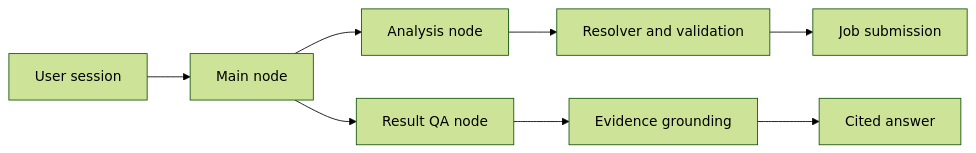
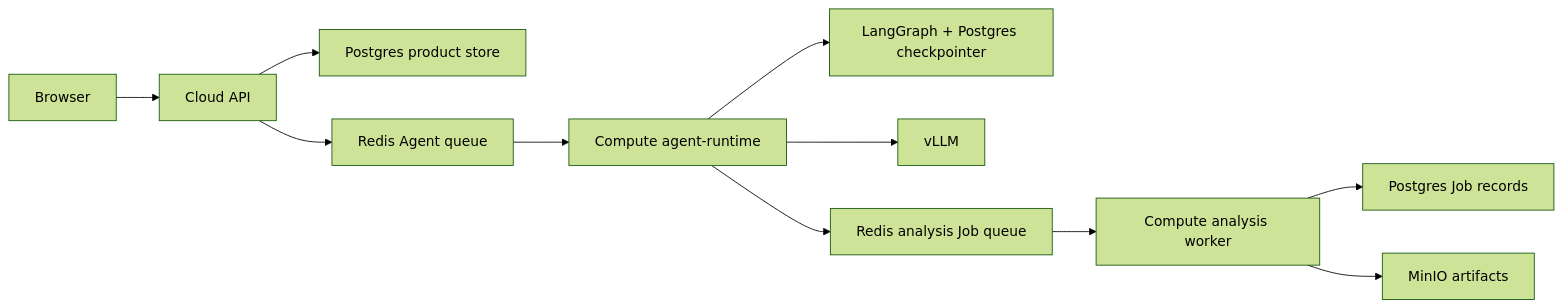
One commit to duk111/omicsprism-platform changed the diagram in README.md. Above: the diagram before and after it, drawn with Mermaid (forest theme). The commit also changed other lines of this file and 3 other files, not shown here.

Commit message:
docs: freeze P0 agent runtime baseline

````diff
--- a/README.md
+++ b/README.md
@@ -29,10 +36,13 @@
 ```mermaid
 flowchart LR
-    U[User session] --> M[Main node]
-    M --> A[Analysis node]
-    M --> Q[Result QA node]
-    A --> V[Resolver and validation]
-    V --> J[Job submission]
-    Q --> G[Evidence grounding]
-    G --> C[Cited answer]
+    U[Browser] --> API[Cloud API]
+    API --> PS[Postgres product store]
+    API --> AQ[Redis Agent queue]
+    AQ --> AR[Compute agent-runtime]
+    AR --> LG[LangGraph + Postgres checkpointer]
+    AR --> V[vLLM]
+    AR --> JQ[Redis analysis Job queue]
+    JQ --> W[Compute analysis worker]
+    W --> DB[Postgres Job records]
+    W --> O[MinIO artifacts]
 ```
````
